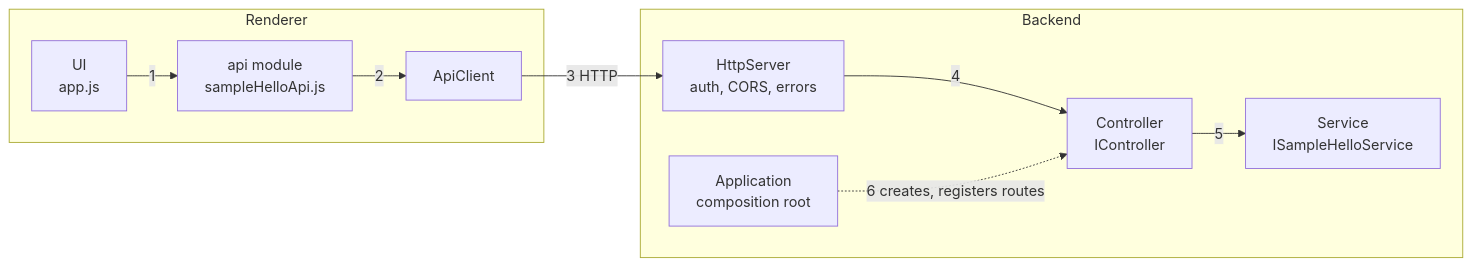
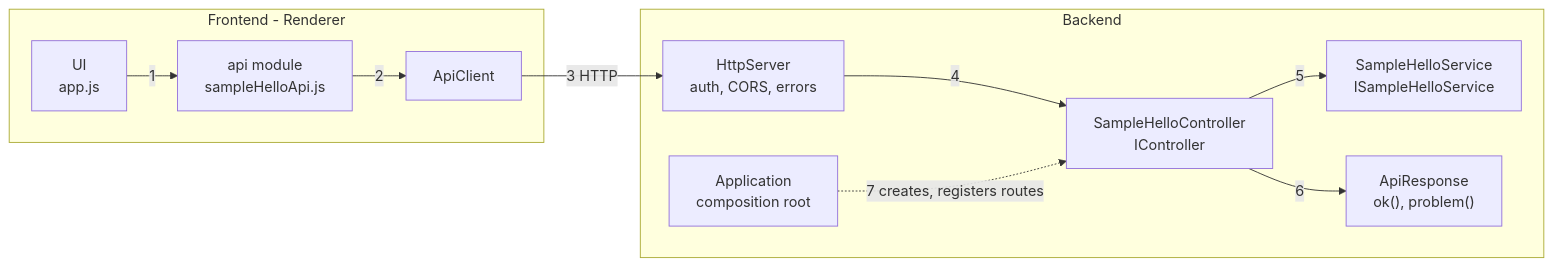
One commit to hoanglong1412/SystemLens changed the eighth of 9 diagrams in docs/design/RQ001_CoreProject/RQ001_HLD.md. Above: the diagram before and after it, drawn with Mermaid. The commit also changed other lines of this file and 5 other files, not shown here.

````diff
--- a/docs/design/RQ001_CoreProject/RQ001_HLD.md
+++ b/docs/design/RQ001_CoreProject/RQ001_HLD.md
@@ -54,11 +236,12 @@
 ```mermaid
 flowchart LR
-    subgraph R["Renderer"]
+    subgraph FE["Frontend - Renderer"]
         UI["UI<br/>app.js"] -- "1" --> MOD["api module<br/>sampleHelloApi.js"] -- "2" --> AC["ApiClient"]
     end
-    subgraph B["Backend"]
-        HS["HttpServer<br/>auth, CORS, errors"] -- "4" --> CTL["Controller<br/>IController"] -- "5" --> SVC["Service<br/>ISampleHelloService"]
-        APP["Application<br/>composition root"] -. "6 creates, registers routes" .-> CTL
+    subgraph BE["Backend"]
+        HS["HttpServer<br/>auth, CORS, errors"] -- "4" --> CTL["SampleHelloController<br/>IController"] -- "5" --> SVC["SampleHelloService<br/>ISampleHelloService"]
+        CTL -- "6" --> AR["ApiResponse<br/>ok(), problem()"]
+        APPL["Application<br/>composition root"] -. "7 creates, registers routes" .-> CTL
     end
     AC -- "3 HTTP" --> HS
 ```
````
